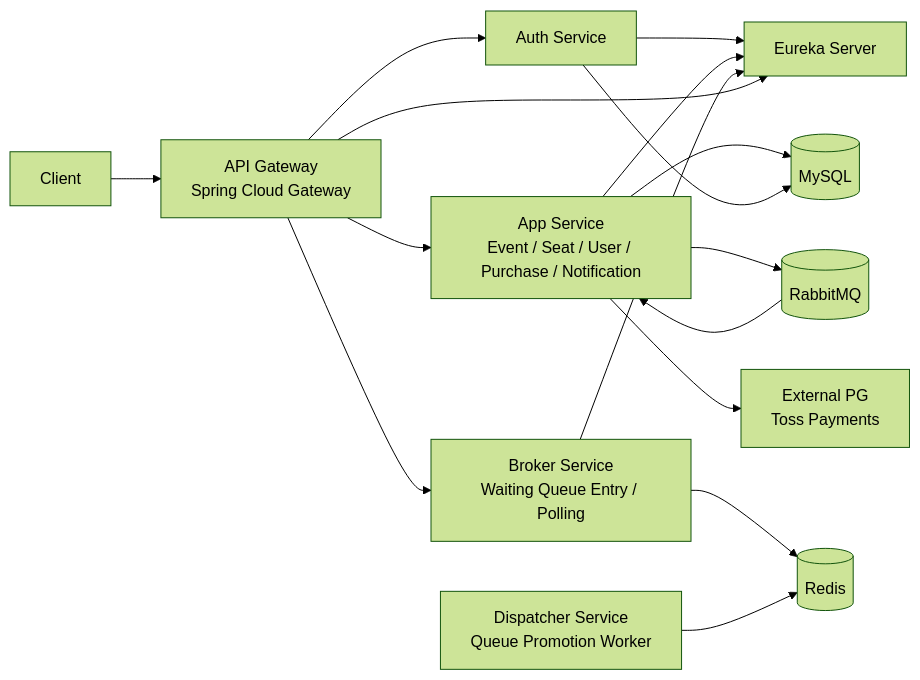
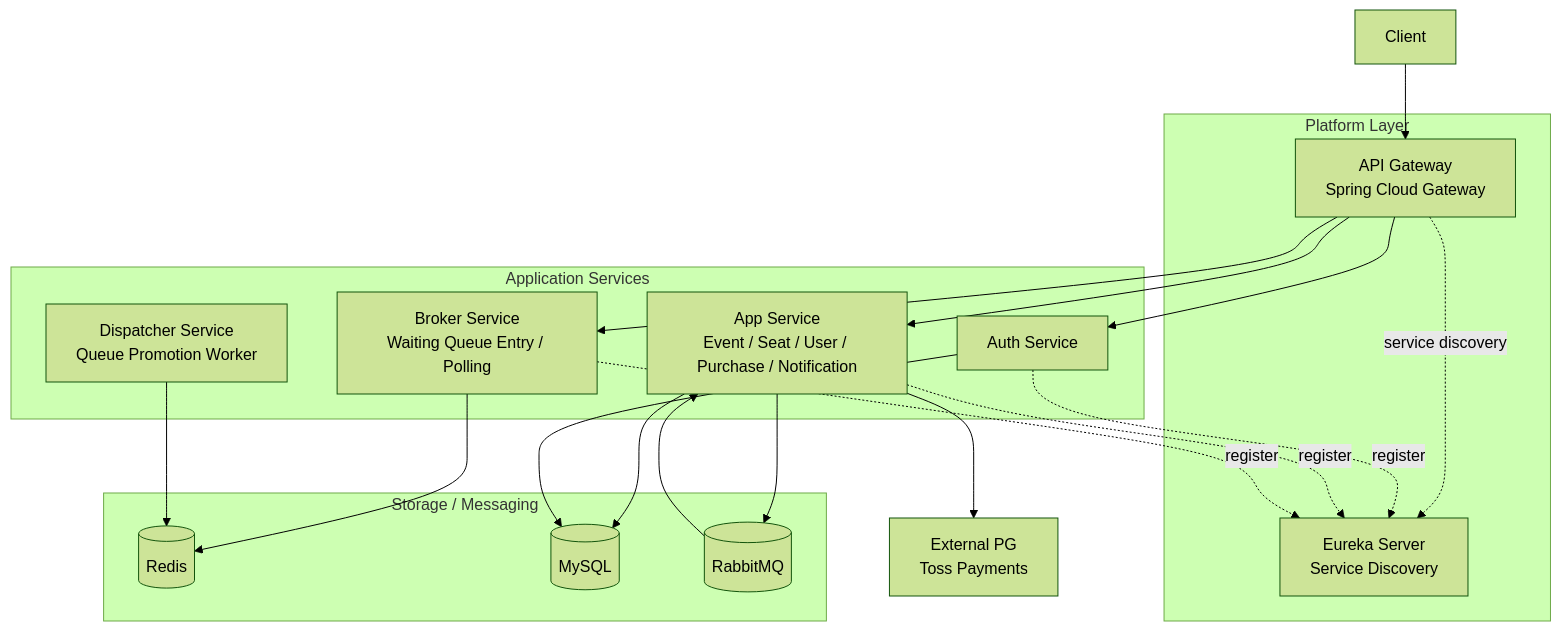
One commit to omegafrog/ticketon-DDD changed the diagram in README.md. Above: the diagram before and after it, drawn with Mermaid (forest theme).

Commit message:
docs: clean architecture diagram

````diff
--- a/README.md
+++ b/README.md
@@ -29,39 +29,45 @@
 ```mermaid
-flowchart LR
+flowchart TB
     Client[Client]
 
-    Gateway[API Gateway<br/>Spring Cloud Gateway]
-    Eureka[Eureka Server]
+    subgraph Platform[Platform Layer]
+        Gateway[API Gateway<br/>Spring Cloud Gateway]
+        Eureka[Eureka Server<br/>Service Discovery]
+    end
 
-    App[App Service<br/>Event / Seat / User / Purchase / Notification]
-    Auth[Auth Service]
-    Broker[Broker Service<br/>Waiting Queue Entry / Polling]
-    Dispatcher[Dispatcher Service<br/>Queue Promotion Worker]
+    subgraph Services[Application Services]
+        Auth[Auth Service]
+        App[App Service<br/>Event / Seat / User / Purchase / Notification]
+        Broker[Broker Service<br/>Waiting Queue Entry / Polling]
+        Dispatcher[Dispatcher Service<br/>Queue Promotion Worker]
+    end
 
-    Redis[(Redis)]
-    MySQL[(MySQL)]
-    RabbitMQ[(RabbitMQ)]
+    subgraph Infra[Storage / Messaging]
+        Redis[(Redis)]
+        MySQL[(MySQL)]
+        RabbitMQ[(RabbitMQ)]
+    end
+
     PG[External PG<br/>Toss Payments]
 
     Client --> Gateway
-
     Gateway --> Auth
     Gateway --> App
     Gateway --> Broker
 
-    Auth --> Eureka
-    App --> Eureka
-    Broker --> Eureka
-    Gateway --> Eureka
+    Gateway -. service discovery .-> Eureka
+    Auth -. register .-> Eureka
+    App -. register .-> Eureka
+    Broker -. register .-> Eureka
 
     Broker --> Redis
     Dispatcher --> Redis
 
     App --> MySQL
     Auth --> MySQL
 
     App --> RabbitMQ
     RabbitMQ --> App
 
     App --> PG
 ```
````
